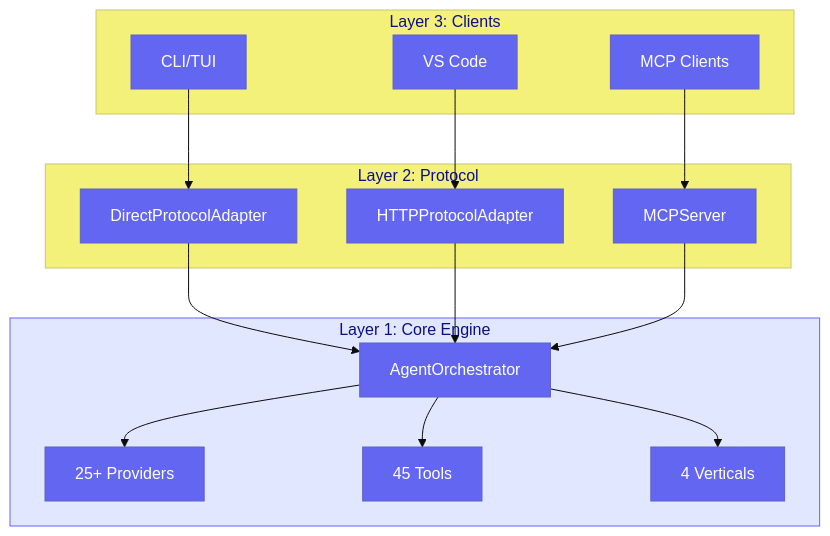
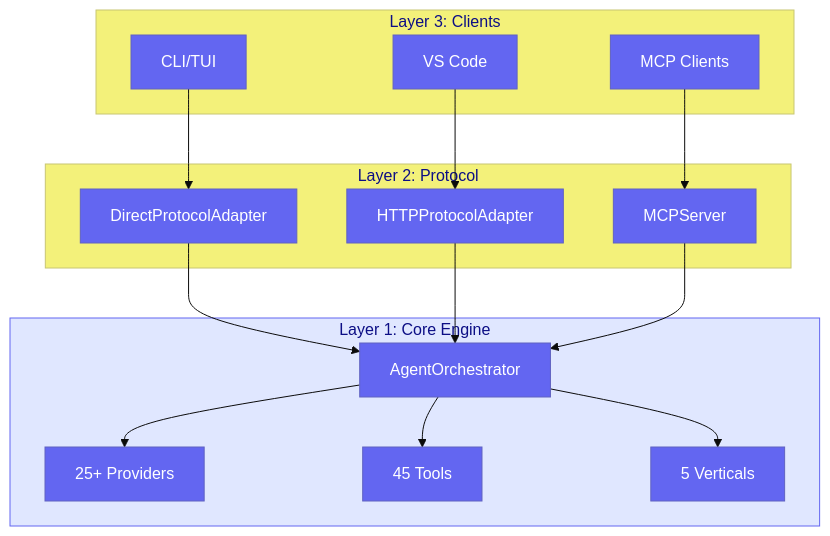
Before and after one commit to vjsingh1984/victor: the fourth of 6 diagrams in README.md, drawn with Mermaid. The commit also changed other lines of this file and 2 other files, not shown here.

````diff
--- a/README.md
+++ b/README.md
@@ -302,34 +303,34 @@
 ```mermaid
 %%{init: {'theme': 'base', 'themeVariables': { 'primaryColor': '#6366F1', 'primaryTextColor': '#fff'}}}%%
 flowchart TB
     subgraph Clients["Layer 3: Clients"]
         CLI["CLI/TUI"]
         VSCode["VS Code"]
         MCP["MCP Clients"]
     end
 
     subgraph Protocol["Layer 2: Protocol"]
         Direct["DirectProtocolAdapter"]
         HTTP["HTTPProtocolAdapter"]
         MCPServer["MCPServer"]
     end
 
     subgraph Core["Layer 1: Core Engine"]
         Orchestrator["AgentOrchestrator"]
         Providers["25+ Providers"]
         Tools["45 Tools"]
-        Verticals["4 Verticals"]
+        Verticals["5 Verticals"]
     end
 
     CLI --> Direct
     VSCode --> HTTP
     MCP --> MCPServer
     Direct --> Orchestrator
     HTTP --> Orchestrator
     MCPServer --> Orchestrator
     Orchestrator --> Providers
     Orchestrator --> Tools
     Orchestrator --> Verticals
 
     style Core fill:#E0E7FF,stroke:#6366F1
 ```
````
